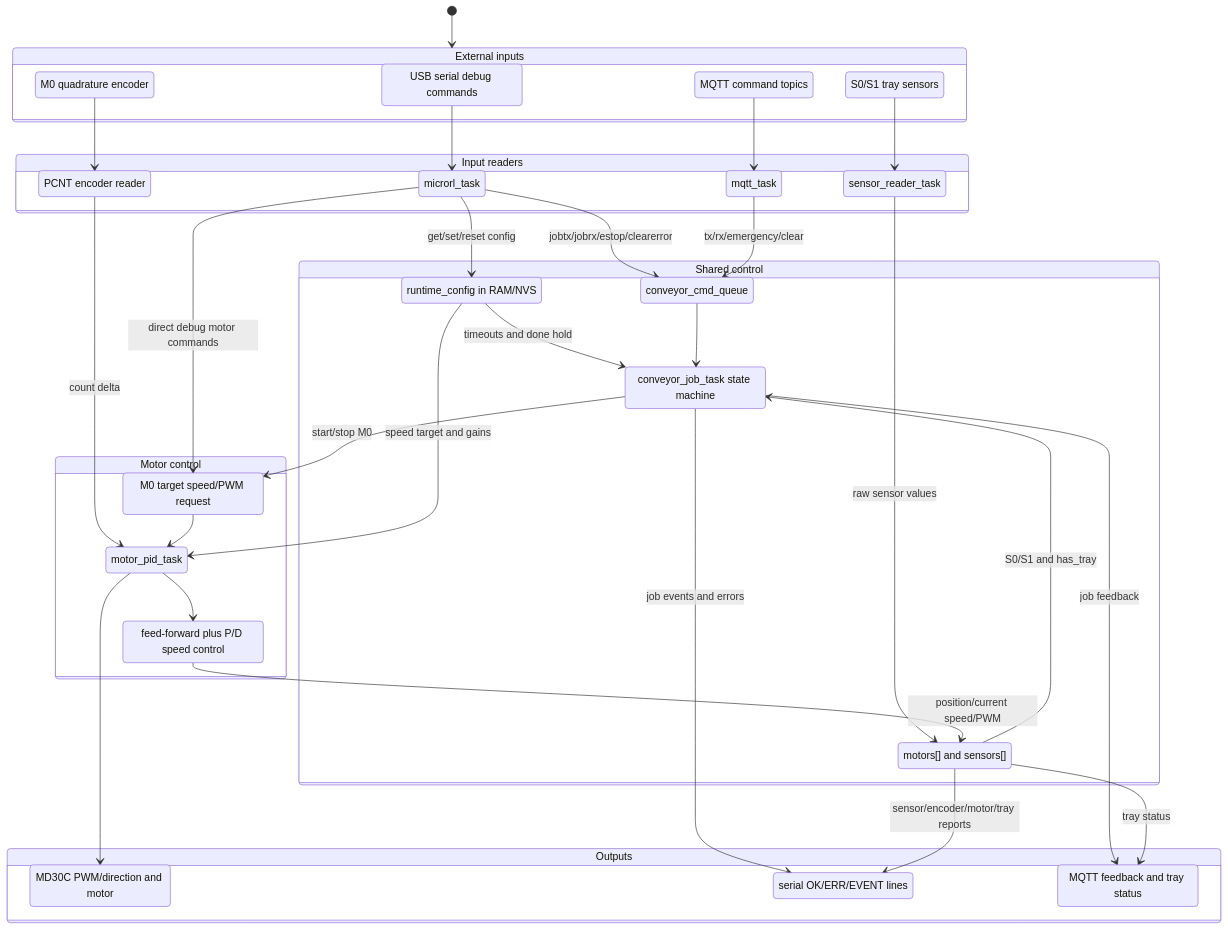
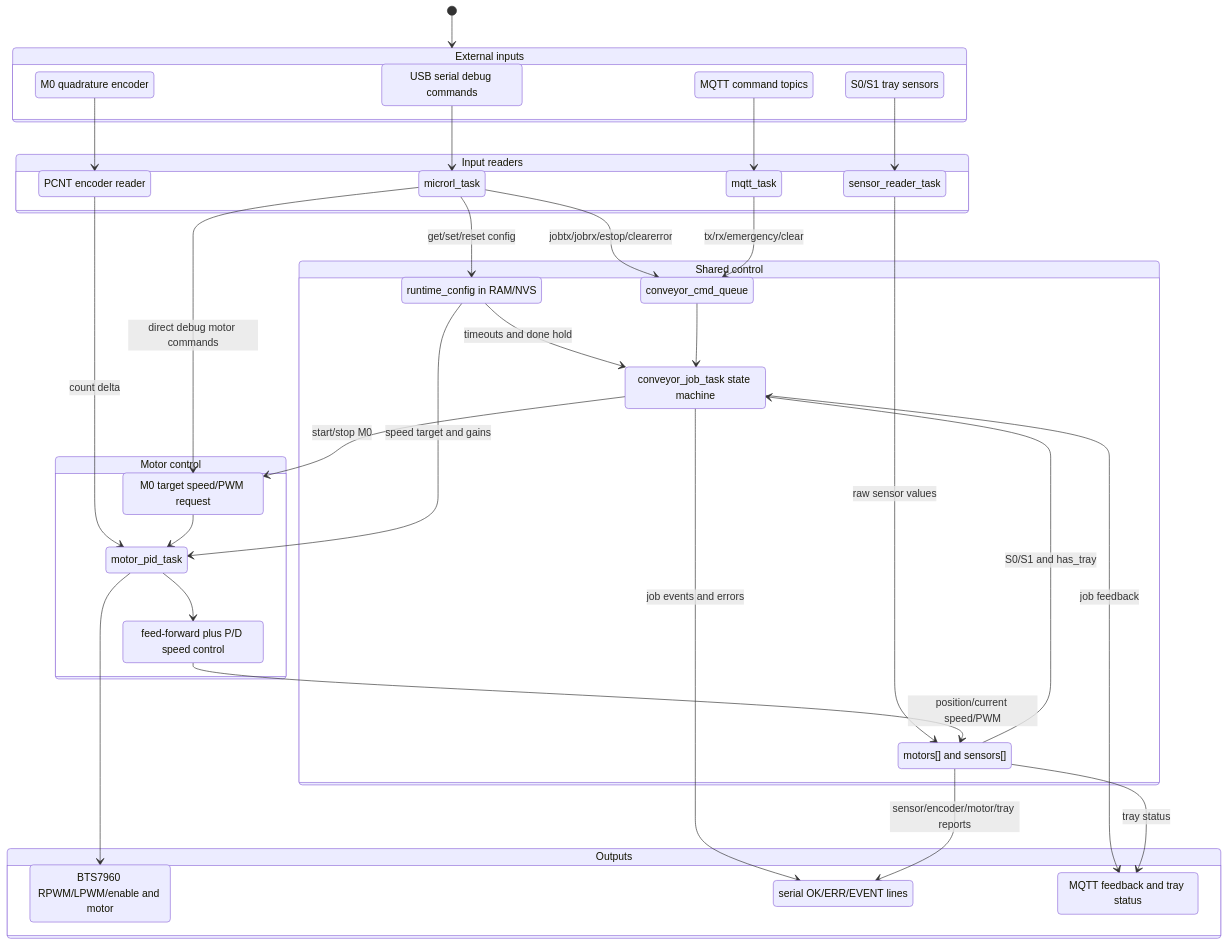
One commit to anbu-05/conveyor_control_firmware changed the diagram in docs/architecture.mmd. Above: the diagram before and after it, drawn with Mermaid. The commit also changed 10 other files, not shown here.

```diff
--- a/docs/architecture.mmd
+++ b/docs/architecture.mmd
@@ -1,71 +1,71 @@
 stateDiagram-v2
     direction TB
 
     state "External inputs" as Inputs {
         direction LR
         Serial: USB serial debug commands
         MqttIn: MQTT command topics
         SensorHw: S0/S1 tray sensors
         EncoderHw: M0 quadrature encoder
     }
 
     state "Input readers" as Readers {
         direction LR
         Microrl: microrl_task
         MqttClient: mqtt_task
         SensorReader: sensor_reader_task
         EncoderReader: PCNT encoder reader
     }
 
     state "Shared control" as Control {
         direction LR
         JobQueue: conveyor_cmd_queue
         JobMachine: conveyor_job_task state machine
         RuntimeConfig: runtime_config in RAM/NVS
         SharedState: motors[] and sensors[]
     }
 
     state "Motor control" as MotorControl {
         direction LR
         MotorRequest: M0 target speed/PWM request
         MotorPid: motor_pid_task
         SpeedMath: feed-forward plus P/D speed control
     }
 
     state "Outputs" as Outputs {
         direction LR
-        MotorHw: MD30C PWM/direction and motor
+        MotorHw: BTS7960 RPWM/LPWM/enable and motor
         SerialOut: serial OK/ERR/EVENT lines
         MqttOut: MQTT feedback and tray status
     }
 
     [*] --> Inputs
 
     Serial --> Microrl
     MqttIn --> MqttClient
     SensorHw --> SensorReader
     EncoderHw --> EncoderReader
 
     Microrl --> JobQueue: jobtx/jobrx/estop/clearerror
     MqttClient --> JobQueue: tx/rx/emergency/clear
     Microrl --> RuntimeConfig: get/set/reset config
     Microrl --> MotorRequest: direct debug motor commands
 
     SensorReader --> SharedState: raw sensor values
     EncoderReader --> MotorPid: count delta
     SharedState --> JobMachine: S0/S1 and has_tray
     RuntimeConfig --> JobMachine: timeouts and done hold
     RuntimeConfig --> MotorPid: speed target and gains
 
     JobQueue --> JobMachine
     JobMachine --> MotorRequest: start/stop M0
     JobMachine --> SerialOut: job events and errors
     JobMachine --> MqttOut: job feedback
 
     MotorRequest --> MotorPid
     MotorPid --> SpeedMath
     SpeedMath --> SharedState: position/current speed/PWM
     MotorPid --> MotorHw
 
     SharedState --> SerialOut: sensor/encoder/motor/tray reports
     SharedState --> MqttOut: tray status
```
